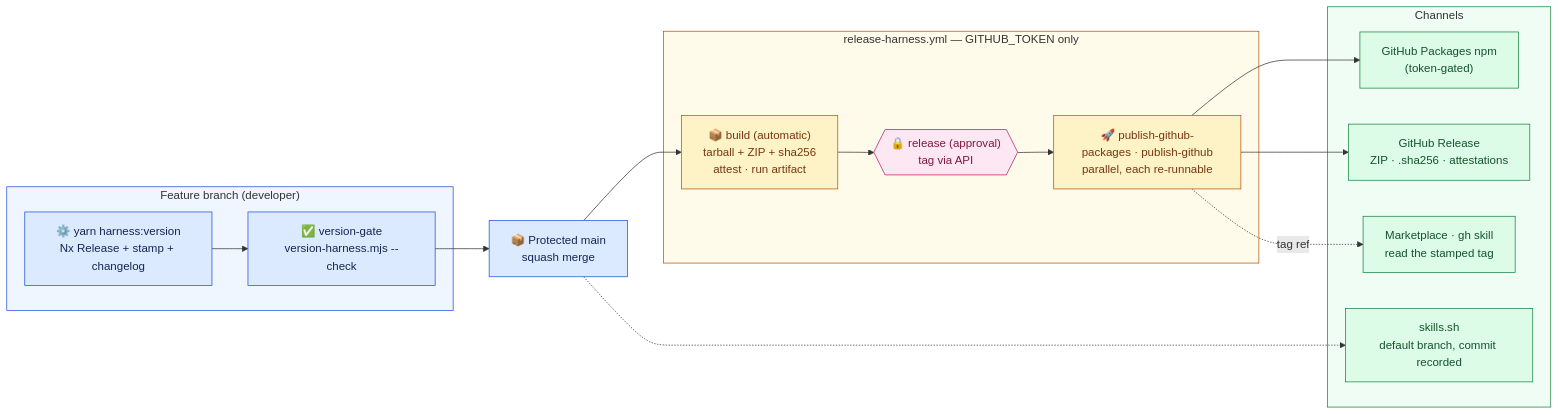
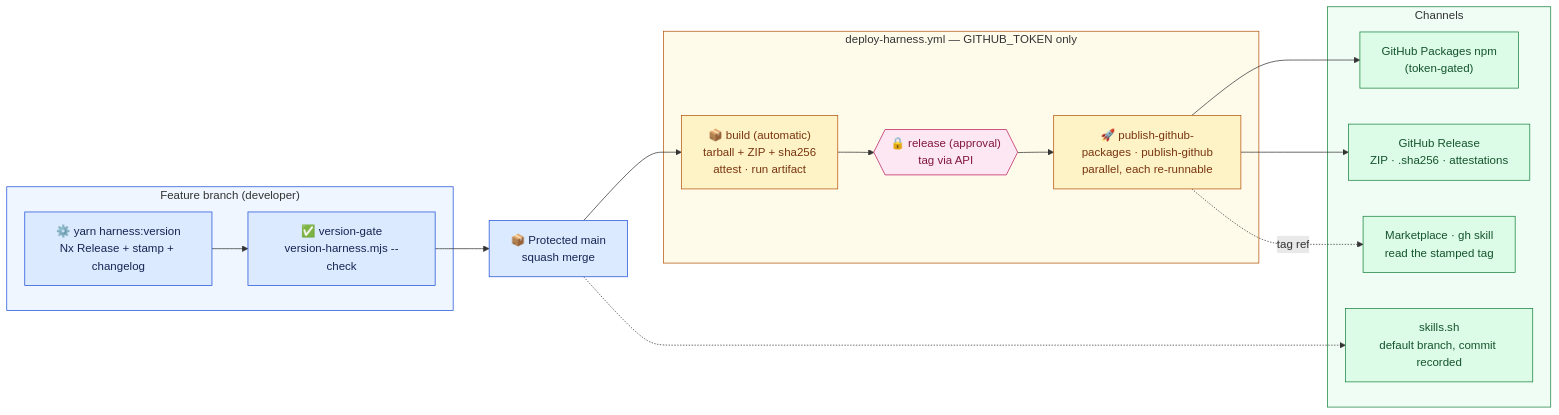
The diagram in docs/Target Architecture (HLD)/v1/Containers/Harness Release Pipeline.md (DataArt/artisyn-implementation-harness), drawn with Mermaid before and after one commit. The commit also changed other lines of this file and 30 other files, not shown here.

First line of the commit message:
ci: split CI into ci-web and ci-harness, deploy site and harness from… (#22)

````diff
--- a/docs/Target Architecture (HLD)/v1/Containers/Harness Release Pipeline.md
+++ b/docs/Target Architecture (HLD)/v1/Containers/Harness Release Pipeline.md
@@ -22,36 +22,36 @@
 ```mermaid
 flowchart LR
     subgraph PR ["  Feature branch (developer)  "]
         HV["⚙️ yarn harness:version\nNx Release + stamp + changelog"]:::source
         VG["✅ version-gate\nversion-harness.mjs --check"]:::source
     end
 
-    subgraph PIPE ["  release-harness.yml — GITHUB_TOKEN only  "]
+    subgraph PIPE ["  deploy-harness.yml — GITHUB_TOKEN only  "]
         BUILD["📦 build (automatic)\ntarball + ZIP + sha256\nattest · run artifact"]:::pipe
         GATE{{"🔒 release (approval)\ntag via API"}}:::gate
         PUB["🚀 publish-github-packages · publish-github\nparallel, each re-runnable"]:::pipe
     end
 
     subgraph CH ["  Channels  "]
         NPM["GitHub Packages npm\n(token-gated)"]:::channel
         REL["GitHub Release\nZIP · .sha256 · attestations"]:::channel
         MK["Marketplace · gh skill\nread the stamped tag"]:::channel
         SKS["skills.sh\ndefault branch, commit recorded"]:::channel
     end
 
     MAIN["📦 Protected main\nsquash merge"]:::source
 
     HV --> VG --> MAIN --> BUILD --> GATE --> PUB
     PUB --> NPM
     PUB --> REL
     PUB -.->|"tag ref"| MK
     MAIN -.-> SKS
 
     classDef source fill:#DBEAFE,stroke:#1D4ED8,color:#172554
     classDef pipe fill:#FEF3C7,stroke:#B45309,color:#78350F
     classDef gate fill:#FCE7F3,stroke:#BE185D,color:#831843
     classDef channel fill:#DCFCE7,stroke:#15803D,color:#14532D
     style PR fill:#EFF6FF,stroke:#1D4ED8
     style PIPE fill:#FFFBEB,stroke:#B45309
     style CH fill:#F0FDF4,stroke:#15803D
 ```
````
